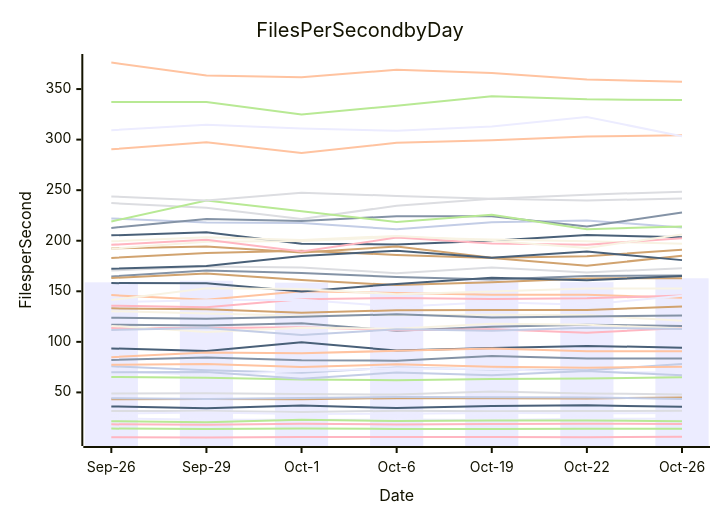
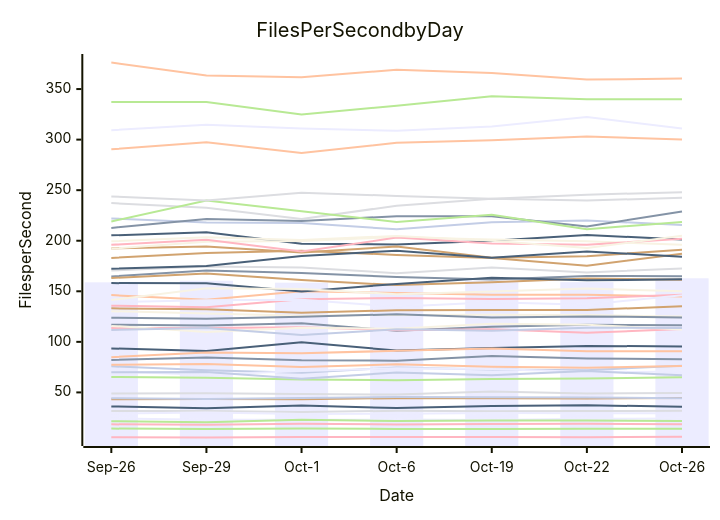
The diagram in perf-report.md (streetsidesoftware/cspell), drawn with Mermaid before and after one commit. The commit also changed other lines of this file and 1 other file, not shown here.

````diff
--- a/perf-report.md
+++ b/perf-report.md
@@ -10,57 +10,57 @@
 ```mermaid
 xychart-beta
     title Files Per Second by Day
     y-axis Files per Second
     x-axis Date [Sep-26, Sep-29, Oct-1, Oct-6, Oct-19, Oct-22, Oct-26]
     bar [158.85, 160.46, 158.54, 157.78, 160.58, 159.03, 162.88]
-    line [164.68, 170.44, 168.02, 164.09, 161.71, 165.23, 165.52]
-    line [290.36, 297.31, 286.74, 296.93, 299.41, 303.13, 304.26]
-    line [31.52, 31.59, 30.62, 31.79, 31.44, 31.67, 31.76]
-    line [65.18, 64.56, 62.65, 62.01, 63.29, 63.79, 65.04]
-    line [43.13, 43.45, 43.36, 44.34, 44.15, 44.08, 44.88]
-    line [75.87, 71.80, 69.38, 74.54, 72.64, 71.96, 78.03]
-    line [5.68, 5.41, 5.92, 6.00, 6.02, 5.75, 6.08]
-    line [93.49, 90.93, 99.59, 91.34, 93.97, 96.00, 94.26]
-    line [130.33, 127.99, 125.90, 126.66, 126.74, 126.46, 120.81]
-    line [24.38, 23.05, 22.85, 23.16, 22.78, 23.92, 23.92]
-    line [116.99, 116.24, 118.39, 111.00, 115.01, 116.88, 115.75]
-    line [84.85, 89.53, 88.83, 91.13, 93.37, 90.70, 90.63]
-    line [48.89, 49.28, 48.37, 47.88, 50.97, 49.03, 47.93]
-    line [337.30, 337.13, 324.92, 333.43, 342.86, 339.81, 339.09]
-    line [133.16, 132.31, 128.76, 131.24, 131.49, 131.59, 134.95]
-    line [44.28, 43.43, 44.41, 45.48, 45.18, 45.07, 43.44]
-    line [113.64, 113.59, 114.39, 111.42, 112.56, 109.04, 113.74]
-    line [205.32, 208.45, 197.08, 196.39, 199.93, 205.59, 203.50]
-    line [115.76, 109.67, 113.99, 112.94, 118.00, 116.85, 113.16]
-    line [70.55, 67.39, 71.27, 73.77, 73.27, 70.11, 69.58]
-    line [123.86, 122.76, 124.85, 127.28, 123.99, 125.15, 126.17]
-    line [77.36, 78.18, 75.07, 77.78, 75.28, 74.51, 75.46]
-    line [237.21, 232.50, 221.42, 234.66, 241.48, 239.78, 241.86]
-    line [21.60, 20.47, 22.93, 21.69, 22.11, 22.28, 21.49]
-    line [192.37, 194.39, 188.26, 194.31, 183.18, 184.56, 191.18]
-    line [222.06, 218.14, 217.51, 211.32, 218.31, 220.10, 213.00]
-    line [18.42, 18.07, 18.99, 18.38, 18.69, 19.00, 18.86]
-    line [36.15, 34.22, 37.04, 34.53, 36.49, 37.33, 35.75]
-    line [192.01, 198.88, 199.85, 203.55, 201.34, 199.55, 196.93]
-    line [28.98, 30.17, 28.67, 28.81, 29.58, 29.31, 29.57]
-    line [212.71, 221.60, 219.58, 224.28, 224.21, 213.97, 227.87]
-    line [376.26, 363.37, 361.56, 369.11, 365.93, 359.34, 357.24]
-    line [170.45, 174.63, 173.65, 167.92, 173.59, 168.67, 172.87]
-    line [219.04, 239.66, 229.06, 218.48, 225.66, 211.47, 214.07]
-    line [183.01, 187.77, 190.16, 185.98, 183.04, 175.20, 185.26]
-    line [70.01, 70.14, 63.55, 69.72, 67.05, 71.08, 66.94]
-    line [195.94, 200.94, 189.24, 203.08, 197.32, 196.05, 202.51]
-    line [172.24, 175.00, 184.88, 190.21, 183.26, 189.47, 180.82]
-    line [199.39, 203.39, 200.83, 204.79, 199.89, 192.85, 206.26]
-    line [309.34, 314.63, 311.05, 308.73, 313.03, 322.37, 303.40]
-    line [82.08, 84.54, 81.78, 81.41, 86.03, 83.62, 83.58]
-    line [146.26, 141.54, 150.02, 148.37, 146.50, 146.67, 143.71]
-    line [243.74, 239.90, 247.38, 244.34, 241.58, 245.56, 248.53]
+    line [164.68, 170.44, 168.02, 164.09, 161.71, 165.23, 164.80]
+    line [290.36, 297.31, 286.74, 296.93, 299.41, 303.13, 300.22]
+    line [31.52, 31.59, 30.62, 31.79, 31.44, 31.67, 31.78]
+    line [65.18, 64.56, 62.65, 62.01, 63.29, 63.79, 65.07]
+    line [43.13, 43.45, 43.36, 44.34, 44.15, 44.08, 44.42]
+    line [75.87, 71.80, 69.38, 74.54, 72.64, 71.96, 76.44]
+    line [5.68, 5.41, 5.92, 6.00, 6.02, 5.75, 6.03]
+    line [93.49, 90.93, 99.59, 91.34, 93.97, 96.00, 95.45]
+    line [130.33, 127.99, 125.90, 126.66, 126.74, 126.46, 125.04]
+    line [24.38, 23.05, 22.85, 23.16, 22.78, 23.92, 24.17]
+    line [116.99, 116.24, 118.39, 111.00, 115.01, 116.88, 116.53]
+    line [84.85, 89.53, 88.83, 91.13, 93.37, 90.70, 90.60]
+    line [48.89, 49.28, 48.37, 47.88, 50.97, 49.03, 49.37]
+    line [337.30, 337.13, 324.92, 333.43, 342.86, 339.81, 339.82]
+    line [133.16, 132.31, 128.76, 131.24, 131.49, 131.59, 135.21]
+    line [44.28, 43.43, 44.41, 45.48, 45.18, 45.07, 44.31]
+    line [113.64, 113.59, 114.39, 111.42, 112.56, 109.04, 112.63]
+    line [205.32, 208.45, 197.08, 196.39, 199.93, 205.59, 201.31]
+    line [115.76, 109.67, 113.99, 112.94, 118.00, 116.85, 112.16]
+    line [70.55, 67.39, 71.27, 73.77, 73.27, 70.11, 70.57]
+    line [123.86, 122.76, 124.85, 127.28, 123.99, 125.15, 124.19]
+    line [77.36, 78.18, 75.07, 77.78, 75.28, 74.51, 76.18]
+    line [237.21, 232.50, 221.42, 234.66, 241.48, 239.78, 242.41]
+    line [21.60, 20.47, 22.93, 21.69, 22.11, 22.28, 21.78]
+    line [192.37, 194.39, 188.26, 194.31, 183.18, 184.56, 191.17]
+    line [222.06, 218.14, 217.51, 211.32, 218.31, 220.10, 215.49]
+    line [18.42, 18.07, 18.99, 18.38, 18.69, 19.00, 18.63]
+    line [36.15, 34.22, 37.04, 34.53, 36.49, 37.33, 35.82]
+    line [192.01, 198.88, 199.85, 203.55, 201.34, 199.55, 196.07]
+    line [28.98, 30.17, 28.67, 28.81, 29.58, 29.31, 29.41]
+    line [212.71, 221.60, 219.58, 224.28, 224.21, 213.97, 229.01]
+    line [376.26, 363.37, 361.56, 369.11, 365.93, 359.34, 360.33]
+    line [170.45, 174.63, 173.65, 167.92, 173.59, 168.67, 172.42]
+    line [219.04, 239.66, 229.06, 218.48, 225.66, 211.47, 218.53]
+    line [183.01, 187.77, 190.16, 185.98, 183.04, 175.20, 187.18]
+    line [70.01, 70.14, 63.55, 69.72, 67.05, 71.08, 67.00]
+    line [195.94, 200.94, 189.24, 203.08, 197.32, 196.05, 201.96]
+    line [172.24, 175.00, 184.88, 190.21, 183.26, 189.47, 184.23]
+    line [199.39, 203.39, 200.83, 204.79, 199.89, 192.85, 204.98]
+    line [309.34, 314.63, 311.05, 308.73, 313.03, 322.37, 310.93]
+    line [82.08, 84.54, 81.78, 81.41, 86.03, 83.62, 82.78]
+    line [146.26, 141.54, 150.02, 148.37, 146.50, 146.67, 144.85]
+    line [243.74, 239.90, 247.38, 244.34, 241.58, 245.56, 247.95]
     line [14.23, 13.74, 14.24, 13.86, 13.81, 14.01, 14.02]
-    line [163.11, 167.69, 161.21, 156.12, 158.95, 162.77, 162.98]
-    line [111.81, 113.74, 106.75, 112.35, 111.02, 113.95, 112.74]
-    line [135.80, 134.31, 142.24, 143.38, 142.44, 143.06, 145.87]
-    line [158.08, 158.04, 149.87, 157.33, 163.29, 160.80, 165.12]
-    line [141.41, 152.96, 152.29, 147.14, 149.81, 152.74, 152.86]
-    line [139.38, 141.22, 141.74, 134.66, 139.08, 136.76, 145.61]
+    line [163.11, 167.69, 161.21, 156.12, 158.95, 162.77, 161.40]
+    line [111.81, 113.74, 106.75, 112.35, 111.02, 113.95, 113.80]
+    line [135.80, 134.31, 142.24, 143.38, 142.44, 143.06, 146.69]
+    line [158.08, 158.04, 149.87, 157.33, 163.29, 160.80, 161.82]
+    line [141.41, 152.96, 152.29, 147.14, 149.81, 152.74, 149.93]
+    line [139.38, 141.22, 141.74, 134.66, 139.08, 136.76, 146.14]
 ```
````
